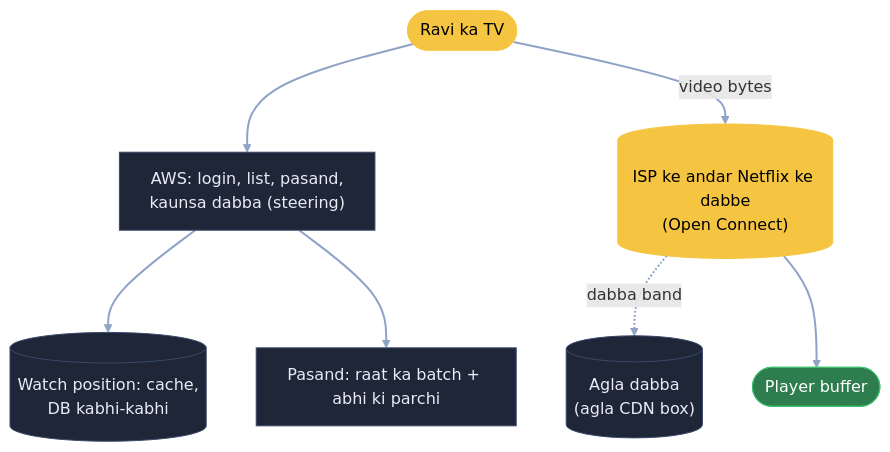
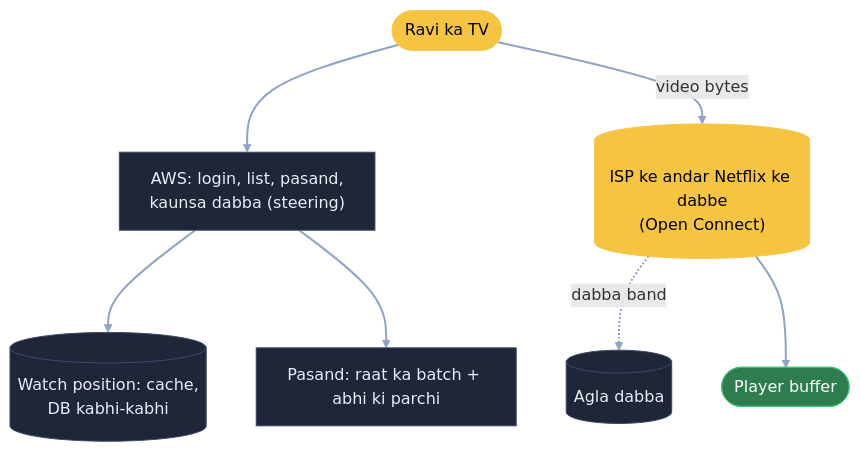
The ninth of 9 diagrams in 04_HLD/SYSTEM_DESIGNS/18_netflix/18_netflix.md (ArpanMaheshwari144/Prep), drawn with Mermaid before and after one commit. The commit also changed other lines of this file and 20 other files, not shown here.

Commit message:
Diagram: sirf hand notes wale naam rahe (66 apne joda naam hataye); README 22-Nov tak update

````diff
--- a/04_HLD/SYSTEM_DESIGNS/18_netflix/18_netflix.md
+++ b/04_HLD/SYSTEM_DESIGNS/18_netflix/18_netflix.md
@@ -387,14 +387,14 @@
 ```mermaid
 flowchart TB
     TV(["Ravi ka TV"]):::pill --> AWS["AWS: login, list, pasand,<br/>kaunsa dabba (steering)"]:::card
     AWS --> WP[("Watch position: cache,<br/>DB kabhi-kabhi")]:::card
     AWS --> RC["Pasand: raat ka batch + abhi ki parchi"]:::card
     TV -- "video bytes" --> OC[("ISP ke andar Netflix ke dabbe<br/>(Open Connect)")]:::pill
-    OC -. "dabba band" .-> OC2[("Agla dabba<br/>(agla CDN box)")]:::card
+    OC -. "dabba band" .-> OC2[("Agla dabba")]:::card
     OC --> B(["Player buffer"]):::good
     linkStyle default stroke:#8fa3c7,stroke-width:2px
     classDef card fill:#1e2638,stroke:#3a4a6b,color:#e8ecf5
     classDef pill fill:#f5c542,stroke:#f5c542,color:#000
     classDef good fill:#2e7d4f,stroke:#3fbf6f,color:#fff
     classDef bad fill:#5c1f24,stroke:#e05561,color:#fff
 ```
````
